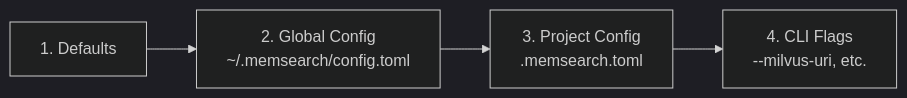
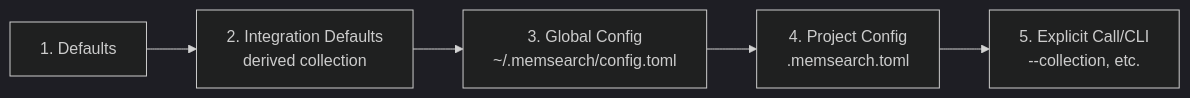
Before and after one commit to zilliztech/memsearch: the eighth of 10 diagrams in docs/architecture.md, drawn with Mermaid (dark theme). The commit also changed other lines of this file and 31 other files, not shown here.

First line of the commit message:
fix(config): respect collection precedence

````diff
--- a/docs/architecture.md
+++ b/docs/architecture.md
@@ -282,6 +282,7 @@
 ```mermaid
 graph LR
-    D["1. Defaults"] --> G["2. Global Config<br>~/.memsearch/config.toml"]
-    G --> P["3. Project Config<br>.memsearch.toml"]
-    P --> C["4. CLI Flags<br>--milvus-uri, etc."]
+    D["1. Defaults"] --> I["2. Integration Defaults<br>derived collection"]
+    I --> G["3. Global Config<br>~/.memsearch/config.toml"]
+    G --> P["4. Project Config<br>.memsearch.toml"]
+    P --> C["5. Explicit Call/CLI<br>--collection, etc."]
 ```
````
